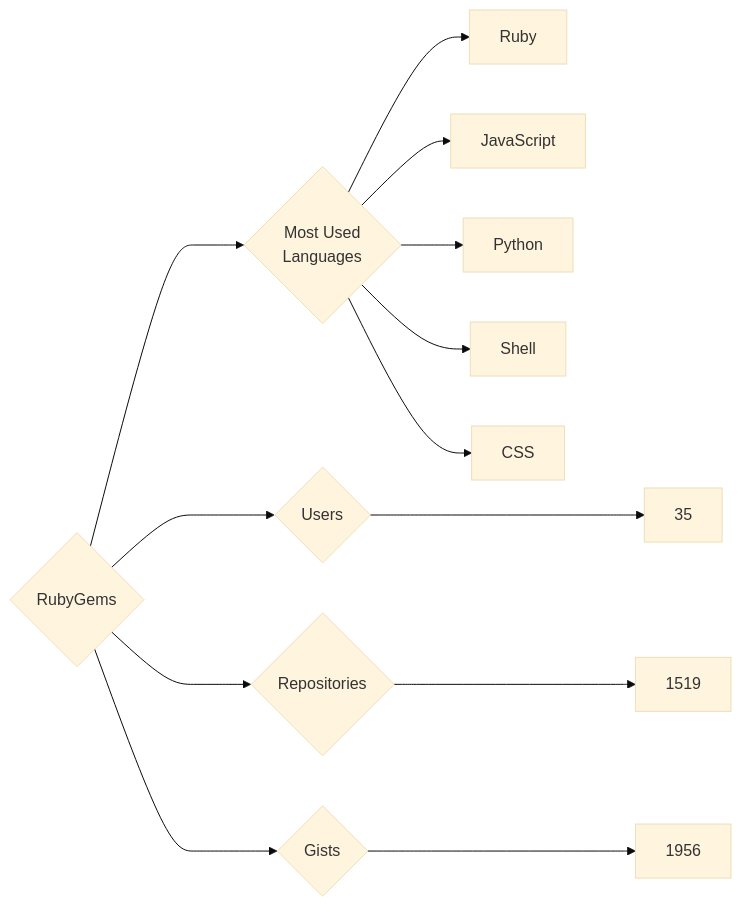
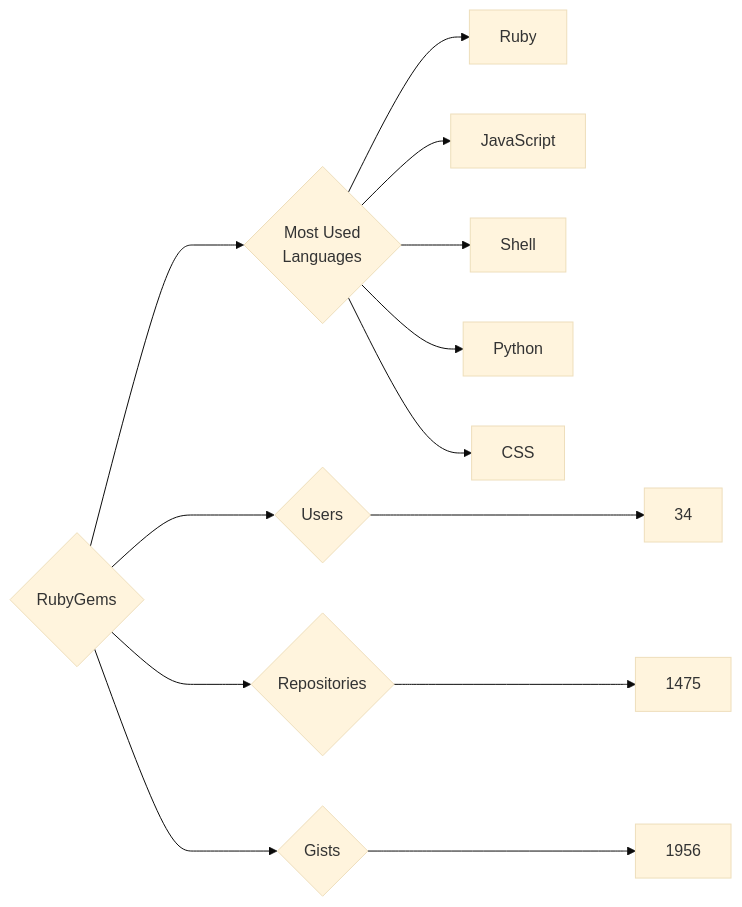
The diagram in targets/RubyGems/README.md (trickest/insiders), drawn with Mermaid (base theme) before and after one commit. The commit also changed 1248 other files, not shown here.

````diff
--- a/targets/RubyGems/README.md
+++ b/targets/RubyGems/README.md
@@ -3,13 +3,13 @@
 ```mermaid
 graph LR
 COMPANY_NAME{RubyGems}
-COMPANY_NAME ---> U{Users} ---> UN[35]
-COMPANY_NAME ---> R{Repositories} ---> RN[1519]
+COMPANY_NAME ---> U{Users} ---> UN[34]
+COMPANY_NAME ---> R{Repositories} ---> RN[1475]
 COMPANY_NAME ---> G{Gists} ---> GN[1956]
 COMPANY_NAME ---> ML{Most Used<br>Languages}
 ML --> Ruby[Ruby]
 ML --> JavaScript[JavaScript]
+ML --> Shell[Shell]
 ML --> Python[Python]
-ML --> Shell[Shell]
 ML --> CSS[CSS]
 ```
````
